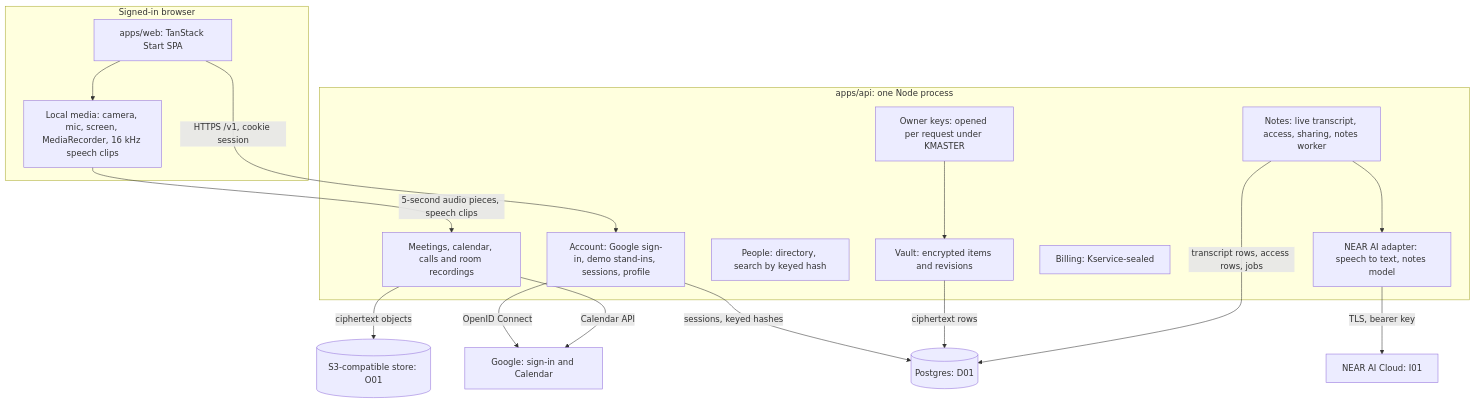
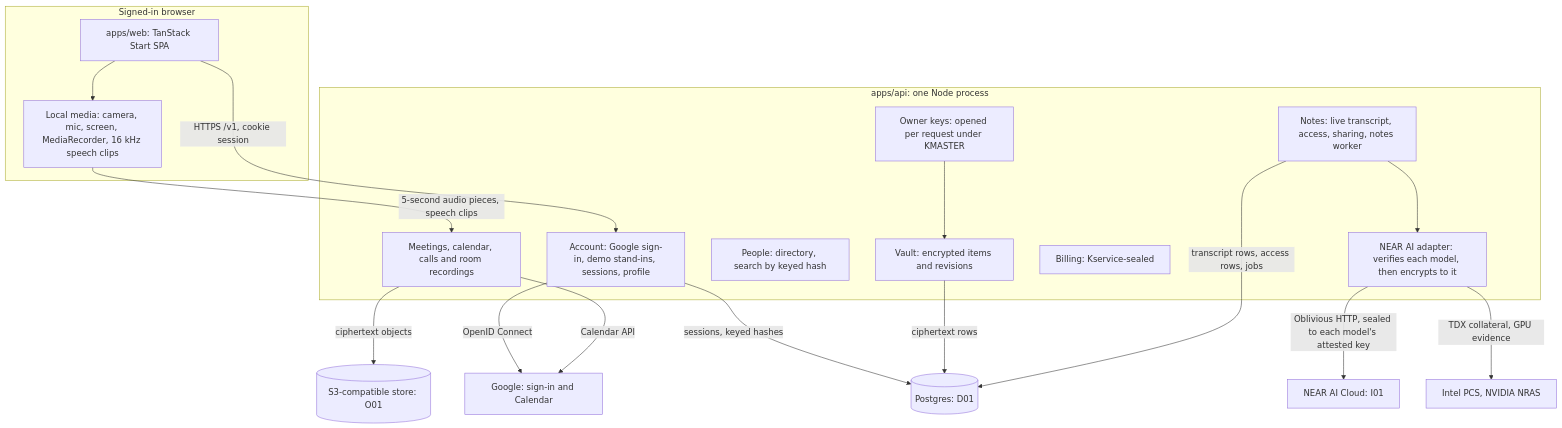
The diagram in docs/engineering/system-architecture.md (thebakedalaskan/alcove-solutions), drawn with Mermaid before and after one commit. The commit also changed other lines of this file and 40 other files, not shown here.

````diff
--- a/docs/engineering/system-architecture.md
+++ b/docs/engineering/system-architecture.md
@@ -10,29 +10,30 @@
 ```mermaid
 flowchart TB
     subgraph Browser[Signed-in browser]
         UI[apps/web: TanStack Start SPA]
         Media[Local media: camera, mic, screen, MediaRecorder, 16 kHz speech clips]
         UI --> Media
     end
     subgraph API[apps/api: one Node process]
         Account[Account: Google sign-in, demo stand-ins, sessions, profile]
         Keys[Owner keys: opened per request under KMASTER]
         Vault[Vault: encrypted items and revisions]
         People[People: directory, search by keyed hash]
         Calls[Meetings, calendar, calls and room recordings]
         Notes[Notes: live transcript, access, sharing, notes worker]
         Billing[Billing: Kservice-sealed]
-        Inference[NEAR AI adapter: speech to text, notes model]
+        Inference[NEAR AI adapter: verifies each model, then encrypts to it]
     end
     UI -->|HTTPS /v1, cookie session| Account
     Media -->|5-second audio pieces, speech clips| Calls
     Keys --> Vault
     Account -->|sessions, keyed hashes| DB[(Postgres: D01)]
     Vault -->|ciphertext rows| DB
     Notes -->|transcript rows, access rows, jobs| DB
     Calls -->|ciphertext objects| Obj[(S3-compatible store: O01)]
     Notes --> Inference
-    Inference -->|TLS, bearer key| I01[NEAR AI Cloud: I01]
+    Inference -->|Oblivious HTTP, sealed to each model's attested key| I01[NEAR AI Cloud: I01]
+    Inference -->|TDX collateral, GPU evidence| Verifiers[Intel PCS, NVIDIA NRAS]
     Account -->|OpenID Connect| Google[Google: sign-in and Calendar]
     Calls -->|Calendar API| Google
 ```
````
